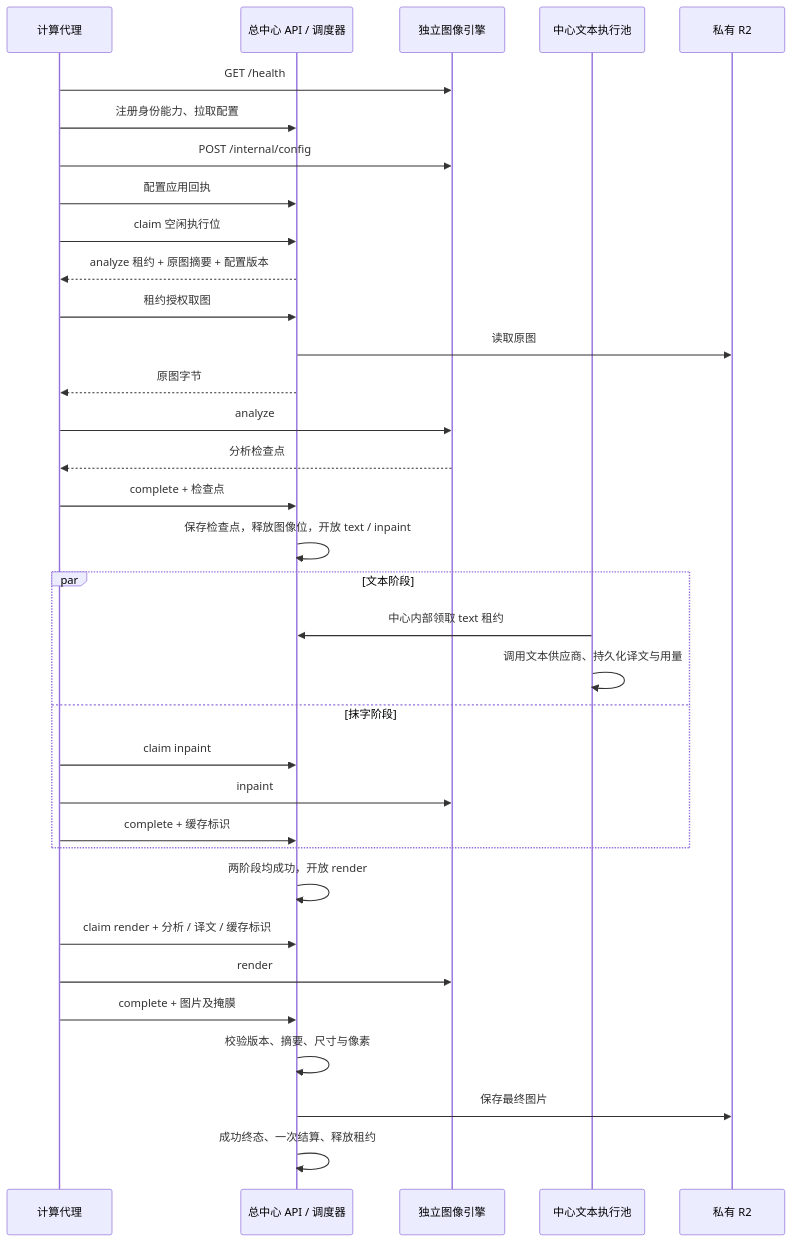
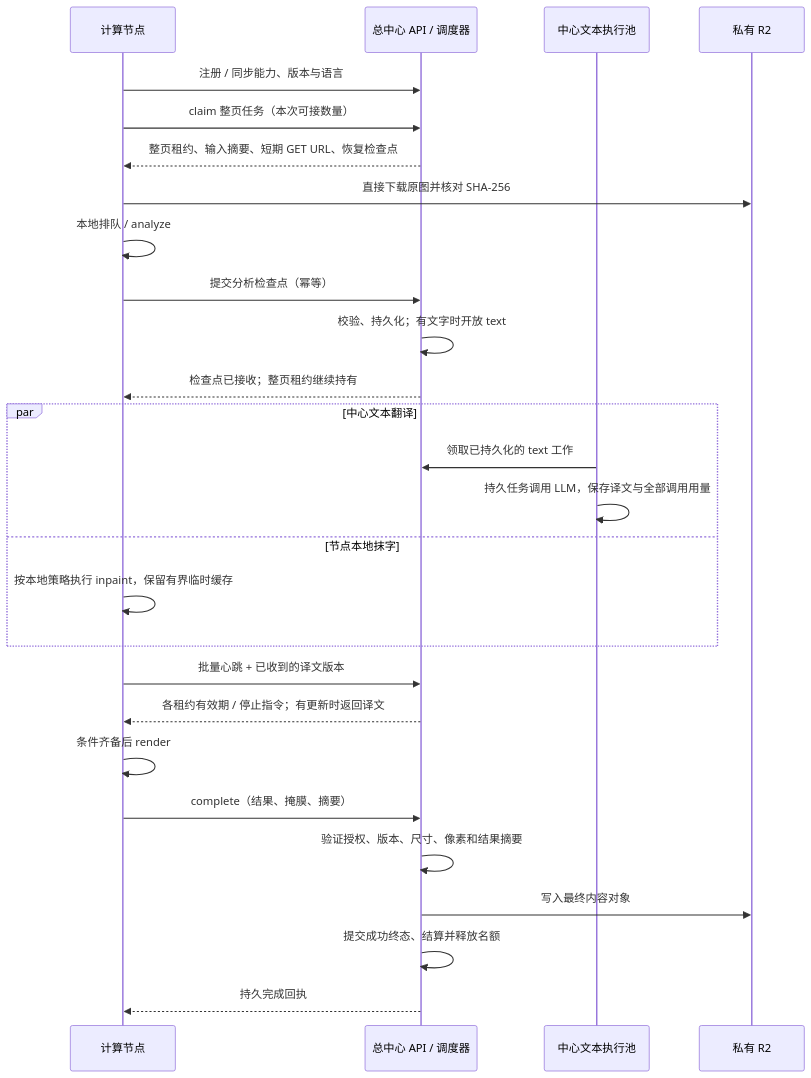
Before and after one commit to Wy2926/node-comics: the diagram in docs/COMPUTE_PROTOCOL.md, drawn with Mermaid. The commit also changed other lines of this file and 85 other files, not shown here.

````diff
--- a/docs/COMPUTE_PROTOCOL.md
+++ b/docs/COMPUTE_PROTOCOL.md
@@ -7,36 +11,29 @@
 ```mermaid
 sequenceDiagram
-    participant A as 计算代理
+    participant N as 计算节点
     participant C as 总中心 API / 调度器
-    participant E as 独立图像引擎
     participant W as 中心文本执行池
     participant S as 私有 R2
-    A->>E: GET /health
-    A->>C: 注册身份能力、拉取配置
-    A->>E: POST /internal/config
-    A->>C: 配置应用回执
-    A->>C: claim 空闲执行位
-    C-->>A: analyze 租约 + 原图摘要 + 配置版本
-    A->>C: 租约授权取图
-    C->>S: 读取原图
-    C-->>A: 原图字节
-    A->>E: analyze
-    E-->>A: 分析检查点
-    A->>C: complete + 检查点
-    C->>C: 保存检查点，释放图像位，开放 text / inpaint
-    par 文本阶段
-        W->>C: 中心内部领取 text 租约
-        W->>W: 调用文本供应商、持久化译文与用量
-    and 抹字阶段
-        A->>C: claim inpaint
-        A->>E: inpaint
-        A->>C: complete + 缓存标识
+    N->>C: 注册 / 同步能力、版本与语言
+    N->>C: claim 整页任务（本次可接数量）
+    C-->>N: 整页租约、输入摘要、短期 GET URL、恢复检查点
+    N->>S: 直接下载原图并核对 SHA-256
+    N->>N: 本地排队 / analyze
+    N->>C: 提交分析检查点（幂等）
+    C->>C: 校验、持久化；有文字时开放 text
+    C-->>N: 检查点已接收；整页租约继续持有
+    par 中心文本翻译
+        W->>C: 领取已持久化的 text 工作
+        W->>W: 持久任务调用 LLM，保存译文与全部调用用量
+    and 节点本地抹字
+        N->>N: 按本地策略执行 inpaint，保留有界临时缓存
     end
-    C->>C: 两阶段均成功，开放 render
-    A->>C: claim render + 分析 / 译文 / 缓存标识
-    A->>E: render
-    A->>C: complete + 图片及掩膜
-    C->>C: 校验版本、摘要、尺寸与像素
-    C->>S: 保存最终图片
-    C->>C: 成功终态、一次结算、释放租约
+    N->>C: 批量心跳 + 已收到的译文版本
+    C-->>N: 各租约有效期 / 停止指令；有更新时返回译文
+    N->>N: 条件齐备后 render
+    N->>C: complete（结果、掩膜、摘要）
+    C->>C: 验证授权、版本、尺寸、像素和结果摘要
+    C->>S: 写入最终内容对象
+    C->>C: 提交成功终态、结算并释放名额
+    C-->>N: 持久完成回执
 ```
````
